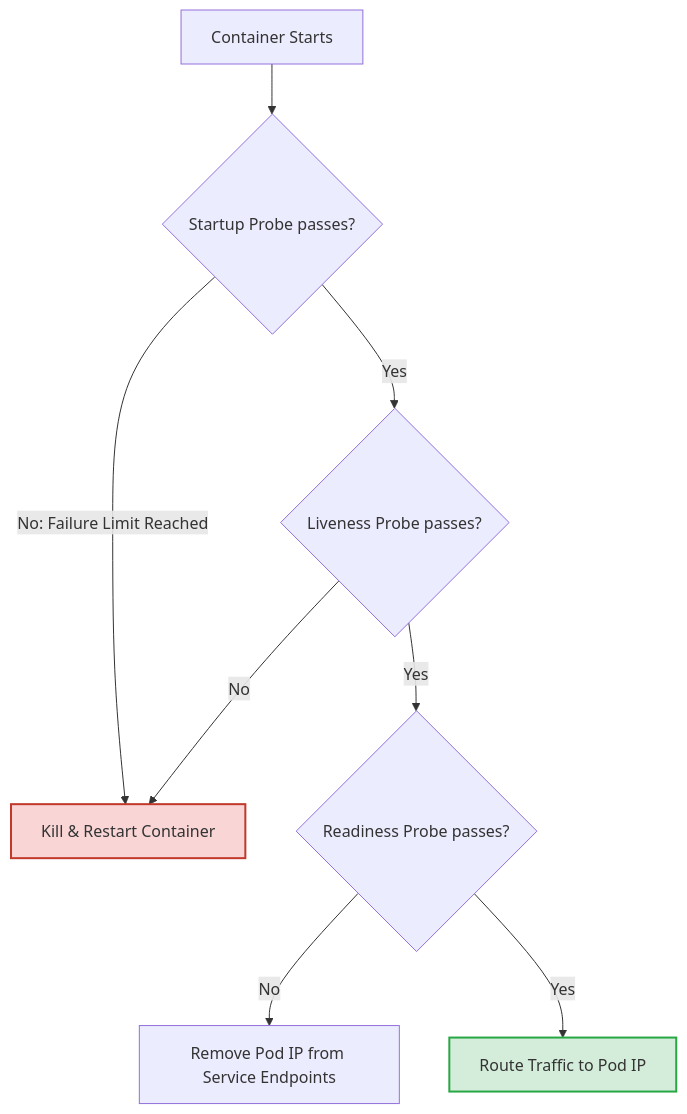
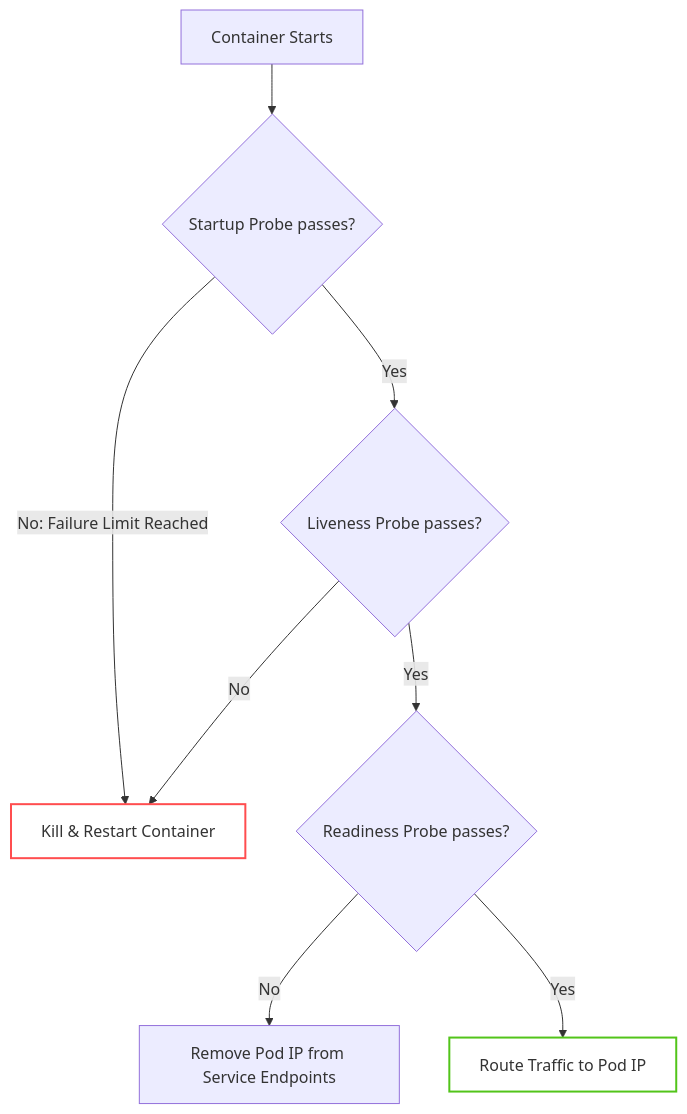
The diagram in docs/lessons/0009-resources-probes-graceful-shutdown.md (Rohit1024/kubernetes), drawn with Mermaid before and after one commit. The commit also changed 1 other file, not shown here.

Commit message:
style: update Mermaid diagram node colors for improved visual consistency

````diff
--- a/docs/lessons/0009-resources-probes-graceful-shutdown.md
+++ b/docs/lessons/0009-resources-probes-graceful-shutdown.md
@@ -42,15 +42,15 @@
 ```mermaid
 graph TD
     Start["Container Starts"] --> Startup{"Startup Probe passes?"}
     Startup -->|No: Failure Limit Reached| Restart["Kill & Restart Container"]
     Startup -->|Yes| Liveness{"Liveness Probe passes?"}
     
     Liveness -->|No| Restart
     Liveness -->|Yes| Readiness{"Readiness Probe passes?"}
     
     Readiness -->|No| RemoveEndpoint["Remove Pod IP from Service Endpoints"]
     Readiness -->|Yes| AddEndpoint["Route Traffic to Pod IP"]
 
-    style Restart fill:#f9d5d5,stroke:#c0392b,stroke-width:2px;
-    style AddEndpoint fill:#d4edda,stroke:#28a745,stroke-width:2px;
+    style Restart fill:none,stroke:#ff4d4f,stroke-width:2px;
+    style AddEndpoint fill:none,stroke:#52c41a,stroke-width:2px;
 ```
````
